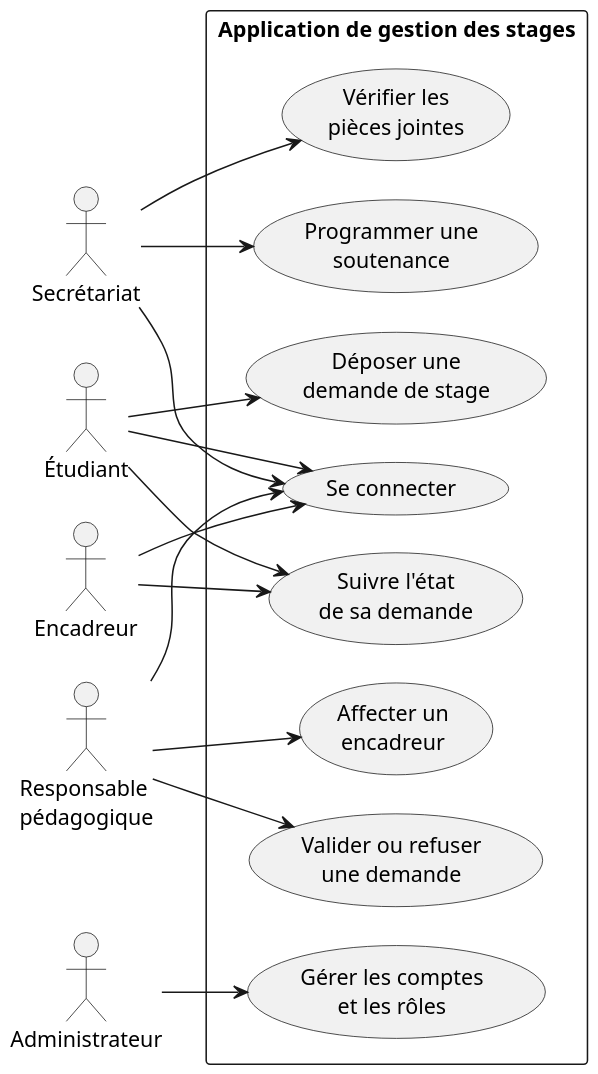
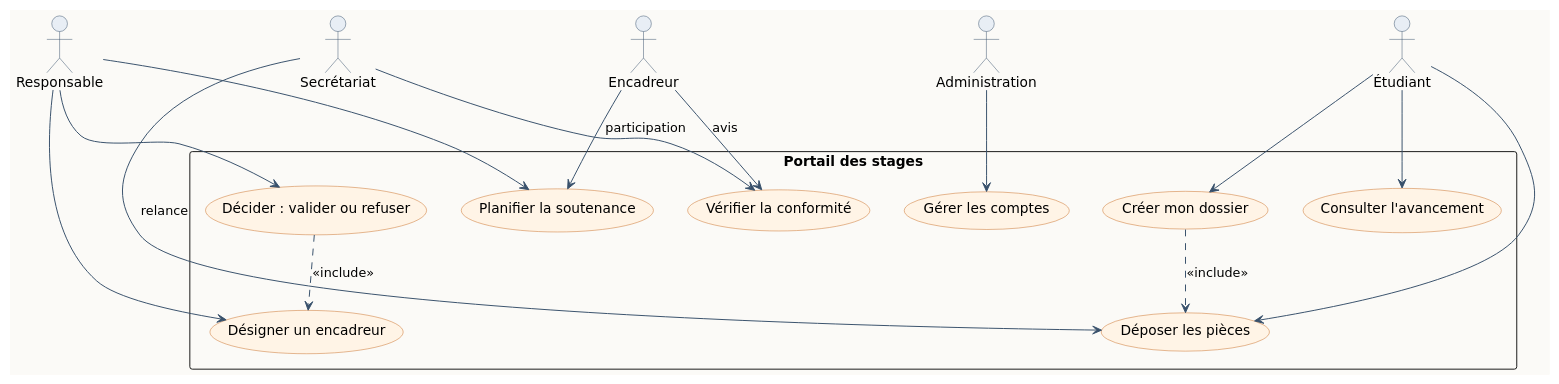
The diagram in tp3/cas_usage.puml (aspic36/tp-projet-info2), drawn with PlantUML before and after one commit. The commit also changed 9 other files, not shown here.

```diff
--- a/tp3/cas_usage.puml
+++ b/tp3/cas_usage.puml
@@ -1,39 +1,47 @@
 @startuml
-skinparam dpi 150
+' Palette et disposition propres au projet — pas de copie d'un autre rendu
+skinparam backgroundColor #FBFAF7
 skinparam shadowing false
-skinparam packageStyle rectangle
-skinparam defaultFontName SansSerif
-skinparam nodesep 25
-skinparam ranksep 45
-left to right direction
+skinparam defaultFontName "DejaVu Sans"
+skinparam arrowColor #38506B
+skinparam Actor {
+  BorderColor #38506B
+  BackgroundColor #E8EEF5
+}
+skinparam usecase {
+  BorderColor #C96F28
+  BackgroundColor #FFF4E6
+}
+top to bottom direction
 
-actor "Étudiant" as E
-actor "Secrétariat" as S
-actor "Responsable\npédagogique" as R
-actor "Encadreur" as N
-actor "Administrateur" as A
+actor "Étudiant" as Etu
+actor "Secrétariat" as Sec
+actor "Responsable" as Resp
+actor "Encadreur" as Enc
+actor "Administration" as Admin
 
-rectangle "Application de gestion des stages" {
-  usecase "Se connecter" as UC1
-  usecase "Déposer une\ndemande de stage" as UC2
-  usecase "Suivre l'état\nde sa demande" as UC3
-  usecase "Vérifier les\npièces jointes" as UC4
-  usecase "Valider ou refuser\nune demande" as UC5
-  usecase "Affecter un\nencadreur" as UC6
-  usecase "Programmer une\nsoutenance" as UC7
-  usecase "Gérer les comptes\net les rôles" as UC8
+rectangle "Portail des stages" {
+  usecase "Créer mon dossier" as UC1
+  usecase "Déposer les pièces" as UC2
+  usecase "Consulter l'avancement" as UC3
+  usecase "Vérifier la conformité" as UC4
+  usecase "Décider : valider ou refuser" as UC5
+  usecase "Désigner un encadreur" as UC6
+  usecase "Planifier la soutenance" as UC7
+  usecase "Gérer les comptes" as UC8
 }
 
-E --> UC1
-E --> UC2
-E --> UC3
-S --> UC1
-S --> UC4
-S --> UC7
-R --> UC1
-R --> UC5
-R --> UC6
-N --> UC1
-N --> UC3
-A --> UC8
+Etu --> UC1
+Etu --> UC2
+Etu --> UC3
+Sec --> UC4
+Sec --> UC2 : relance
+Resp --> UC5
+Resp --> UC6
+Resp --> UC7
+Enc --> UC4 : avis
+Enc --> UC7 : participation
+Admin --> UC8
+UC1 ..> UC2 : <<include>>
+UC5 ..> UC6 : <<include>>
 @enduml
```
